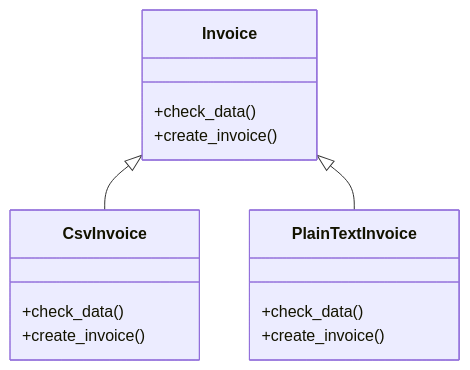
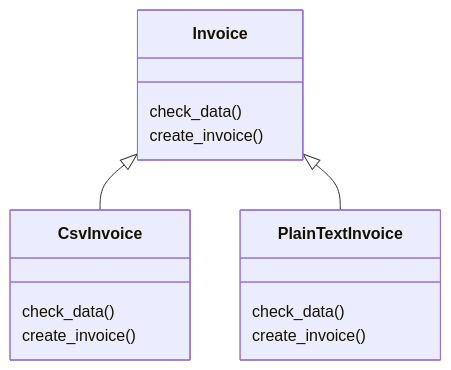
The second of 2 diagrams in template-method-pattern/README.md (jmjurado23/ruby-design-patterns), drawn with Mermaid before and after one commit. The commit also changed other lines of this file and 1 other file, not shown here.

Commit message:
Improvement template method README

````diff
--- a/template-method-pattern/README.md
+++ b/template-method-pattern/README.md
@@ -28,20 +28,20 @@
 ```mermaid
 classDiagram
     Invoice <|-- CsvInvoice
     Invoice <|-- PlainTextInvoice
 
     class Invoice{
-        +check_data()
-        +create_invoice()
+        check_data()
+        create_invoice()
     }
 
     class CsvInvoice{
-        +check_data()
-        +create_invoice()
+        check_data()
+        create_invoice()
     }
 
     class PlainTextInvoice{
-        +check_data()
-        +create_invoice()
+        check_data()
+        create_invoice()
     }
 ```
````
